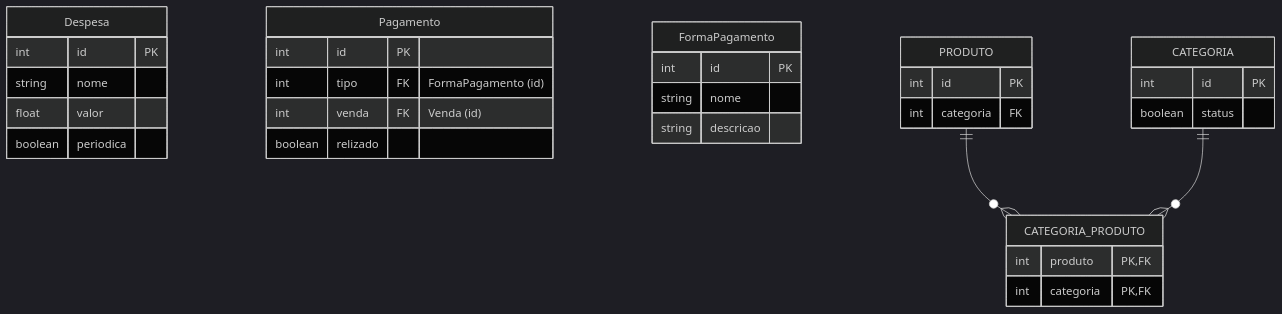
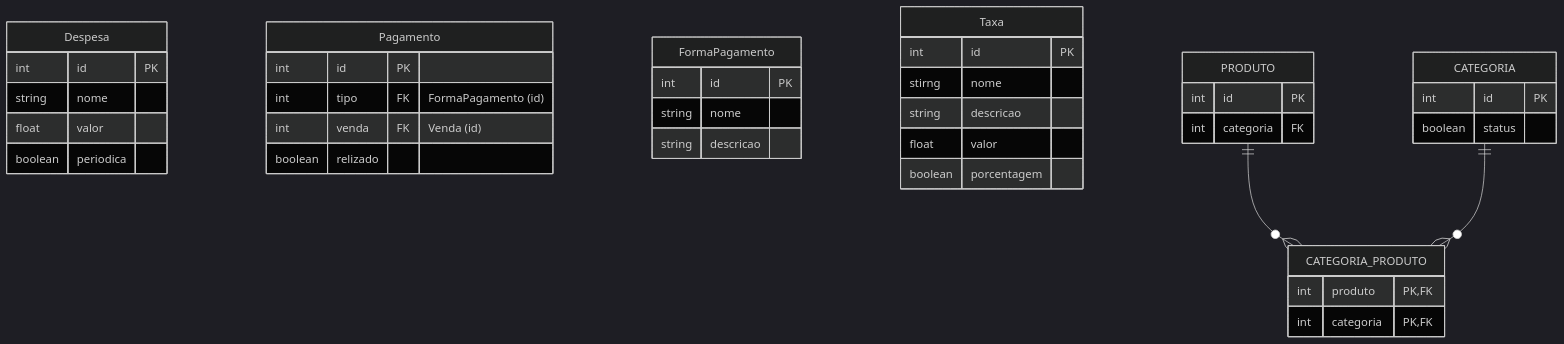
The diagram in docs/documento-de-modelos.md (Control-Cash/controlcash), drawn with Mermaid (dark theme) before and after one commit.

Commit message:
Adiciona tabela auxiliar Taxa #32

````diff
--- a/docs/documento-de-modelos.md
+++ b/docs/documento-de-modelos.md
@@ -5,40 +5,48 @@
 ```mermaid
 erDiagram
   Despesa {
     int id PK
     string nome
     float valor
     boolean periodica
   }
 
   Pagamento {
     int id PK
     int tipo FK "FormaPagamento (id)"
     int venda FK "Venda (id)"
     boolean relizado
   }
 
   FormaPagamento {
     int id PK
     string nome
     string descricao
   }
 
+  Taxa {
+    int id PK
+    stirng nome
+    string descricao
+    float valor
+    boolean porcentagem
+  }
+
   PRODUTO {
     int id PK
     int categoria FK
   }
 
   CATEGORIA_PRODUTO {
     int produto PK, FK
     int categoria PK, FK
   }
 
   CATEGORIA {
     int id PK
     boolean status
   }
 
   PRODUTO ||--o{ CATEGORIA_PRODUTO : ""
   CATEGORIA ||--o{ CATEGORIA_PRODUTO : ""
 ```
````
